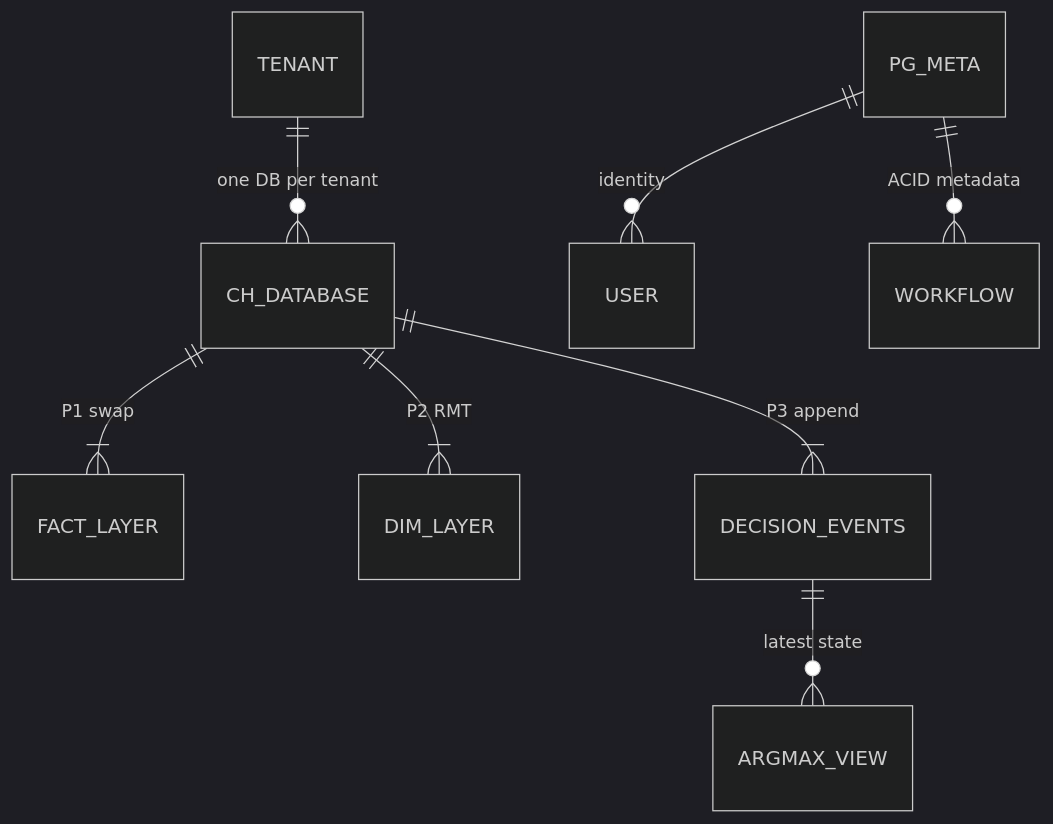
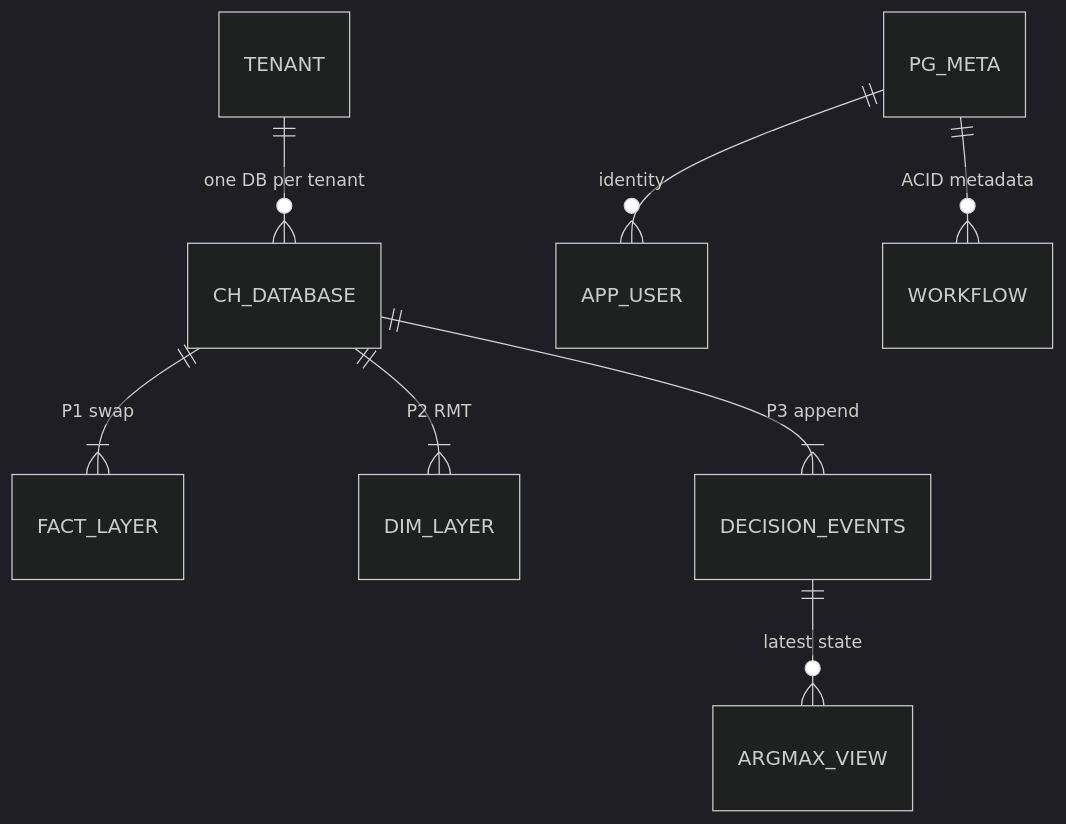
Before and after one commit to TM-DEV-PRO/final-resume: the second of 6 diagrams in final_java_ai/prep/34_er_tables_tech_why.md, drawn with Mermaid (dark theme). The commit also changed other lines of this file and 617 other files, not shown here.

````diff
--- a/final_java_ai/prep/34_er_tables_tech_why.md
+++ b/final_java_ai/prep/34_er_tables_tech_why.md
@@ -79,10 +201,10 @@
 ```mermaid
 erDiagram
   TENANT ||--o{ CH_DATABASE : "one DB per tenant"
   CH_DATABASE ||--|{ FACT_LAYER : "P1 swap"
   CH_DATABASE ||--|{ DIM_LAYER : "P2 RMT"
   CH_DATABASE ||--|{ DECISION_EVENTS : "P3 append"
   DECISION_EVENTS ||--o{ ARGMAX_VIEW : "latest state"
-  PG_META ||--o{ USER : "identity"
+  PG_META ||--o{ APP_USER : "identity"
   PG_META ||--o{ WORKFLOW : "ACID metadata"
 ```
````
